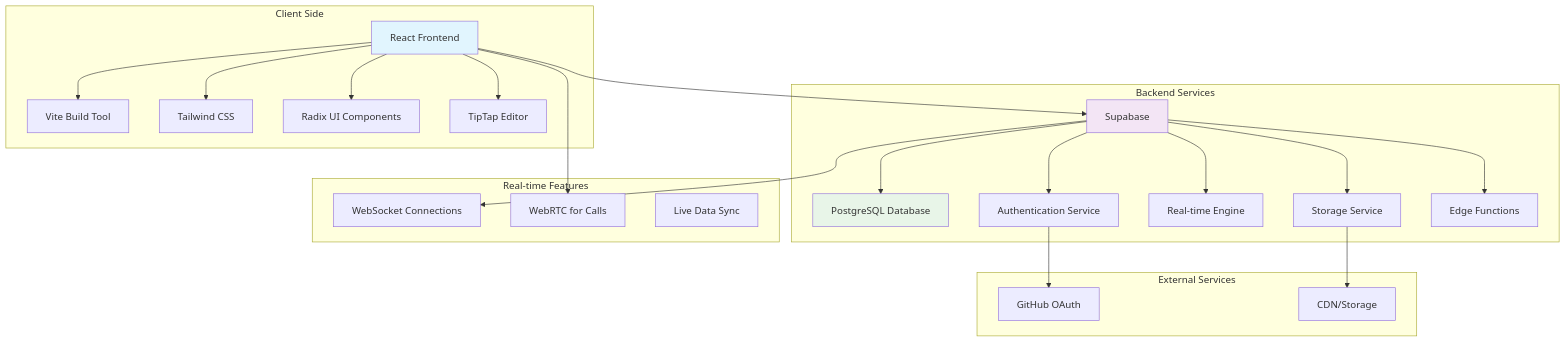
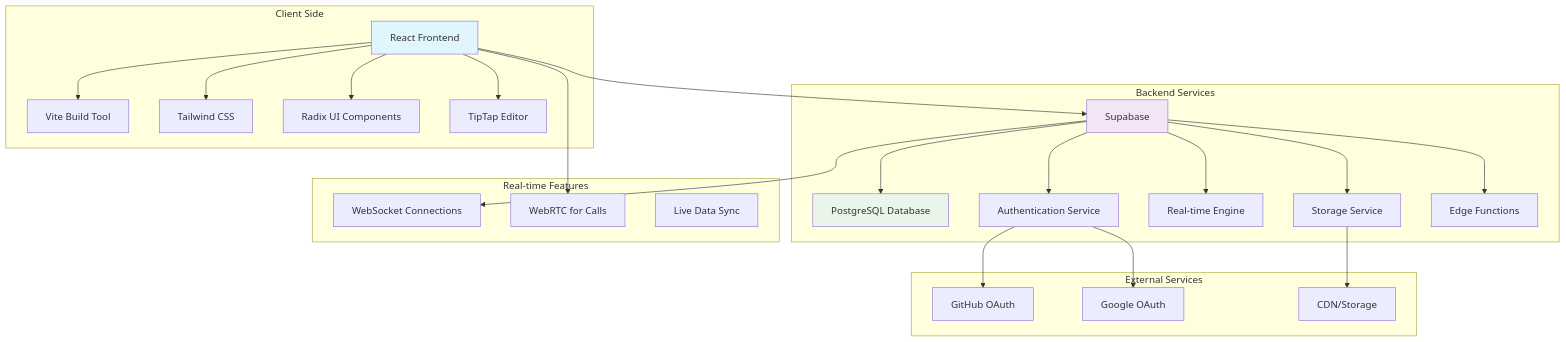
Before and after one commit to abhi-singhs/slackhub-messenger: the first of 14 diagrams in docs/architecture/ARCHITECTURE.md, drawn with Mermaid. The commit also changed other lines of this file and 12 other files, not shown here.

Commit message:
Add Google OAuth integration alongside GitHub; update documentation and components

````diff
--- a/docs/architecture/ARCHITECTURE.md
+++ b/docs/architecture/ARCHITECTURE.md
@@ -32,38 +32,40 @@
 ```mermaid
 graph TB
     subgraph "Client Side"
         A[React Frontend] --> B[Vite Build Tool]
         A --> C[Tailwind CSS]
         A --> D[Radix UI Components]
         A --> E[TipTap Editor]
     end
     
     subgraph "Backend Services"
         F[Supabase] --> G[PostgreSQL Database]
         F --> H[Authentication Service]
         F --> I[Real-time Engine]
         F --> J[Storage Service]
         F --> K[Edge Functions]
     end
     
     subgraph "Real-time Features"
         L[WebSocket Connections]
         M[WebRTC for Calls]
         N[Live Data Sync]
     end
     
     subgraph "External Services"
-        O[GitHub OAuth]
+    O[GitHub OAuth]
+    P2[Google OAuth]
         P[CDN/Storage]
     end
     
     A --> F
     F --> L
     A --> M
     H --> O
+    H --> P2
     J --> P
     
     style A fill:#e1f5fe
     style F fill:#f3e5f5
     style G fill:#e8f5e8
 ```
````
